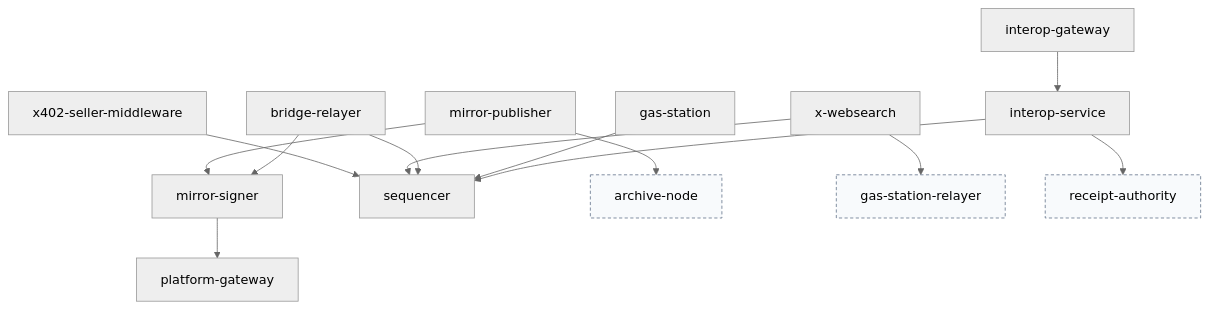
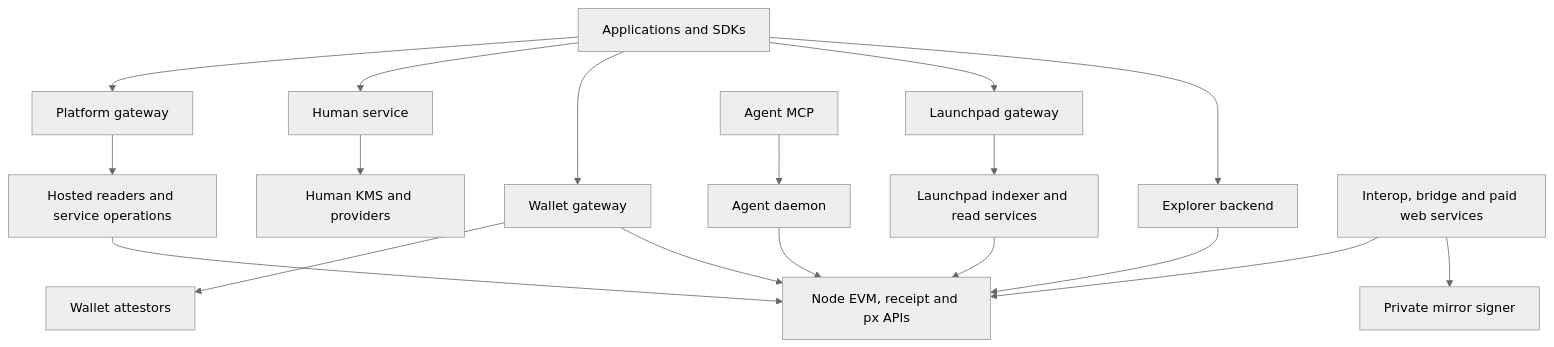
One commit to Sidiora-Labs/paxeer-monorepo changed the diagram in spec/layerx-merge/docs/architecture/services.md. Above: the diagram before and after it, drawn with Mermaid (neutral theme). The commit also changed other lines of this file and 7 other files, not shown here.

````diff
--- a/spec/layerx-merge/docs/architecture/services.md
+++ b/spec/layerx-merge/docs/architecture/services.md
@@ -744,30 +7,20 @@
 ```mermaid
-flowchart TB
-  s3["bridge-relayer"]
-  s6["gas-station"]
-  s11["interop-gateway"]
-  s12["interop-service"]
-  s16["mirror-publisher"]
-  s17["mirror-signer"]
-  s25["platform-gateway"]
-  s36["sequencer"]
-  s38["x-websearch"]
-  s39["x402-seller-middleware"]
-  e3["archive-node"]
-  e7["gas-station-relayer"]
-  e13["receipt-authority"]
-  s11 --> s12
-  s12 --> s36
-  s12 --> e13
-  s6 --> s36
-  s3 --> s36
-  s3 --> s17
-  s16 --> s17
-  s16 --> e3
-  s17 --> s25
-  s38 --> s36
-  s38 --> e7
-  s39 --> s36
-  classDef external fill:#f8fafc,stroke:#64748b,stroke-dasharray:4 3
-  class e3,e7,e13 external
+flowchart TD
+  Clients["Applications and SDKs"] --> Gateway["Platform gateway"]
+  Clients --> Human["Human service"]
+  Clients --> Wallet["Wallet gateway"]
+  Clients --> Launch["Launchpad gateway"]
+  Clients --> Explorer["Explorer backend"]
+  AgentMCP["Agent MCP"] --> Agent["Agent daemon"]
+  Wallet --> Attestors["Wallet attestors"]
+  Human --> KMS["Human KMS and providers"]
+  Gateway --> Hosted["Hosted readers and service operations"]
+  Agent --> Node["Node EVM, receipt and px APIs"]
+  Wallet --> Node
+  Hosted --> Node
+  Explorer --> Node
+  Launch --> Index["Launchpad indexer and read services"]
+  Index --> Node
+  Interop["Interop, bridge and paid web services"] --> Node
+  Interop --> Signer["Private mirror signer"]
 ```
````
